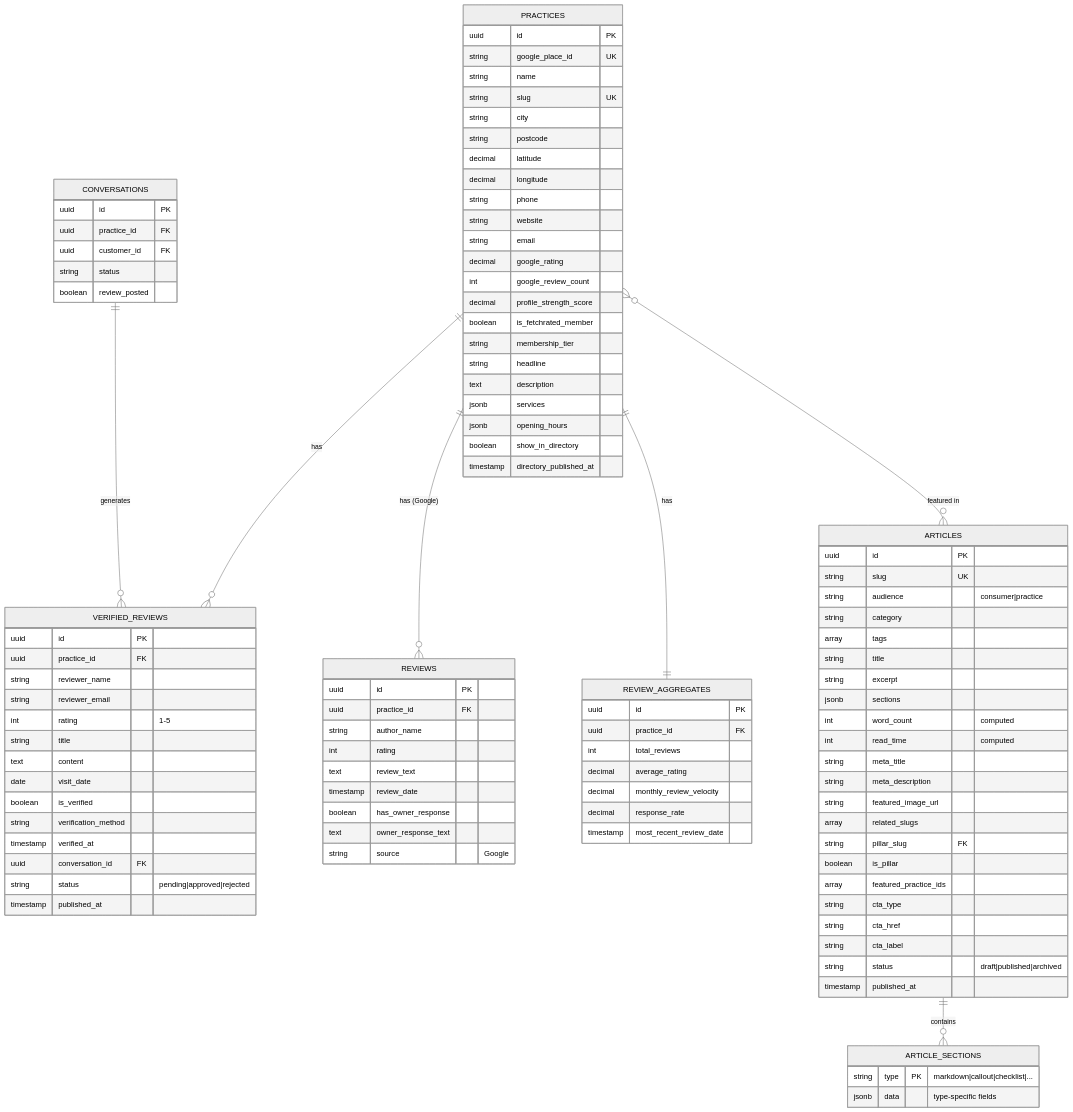
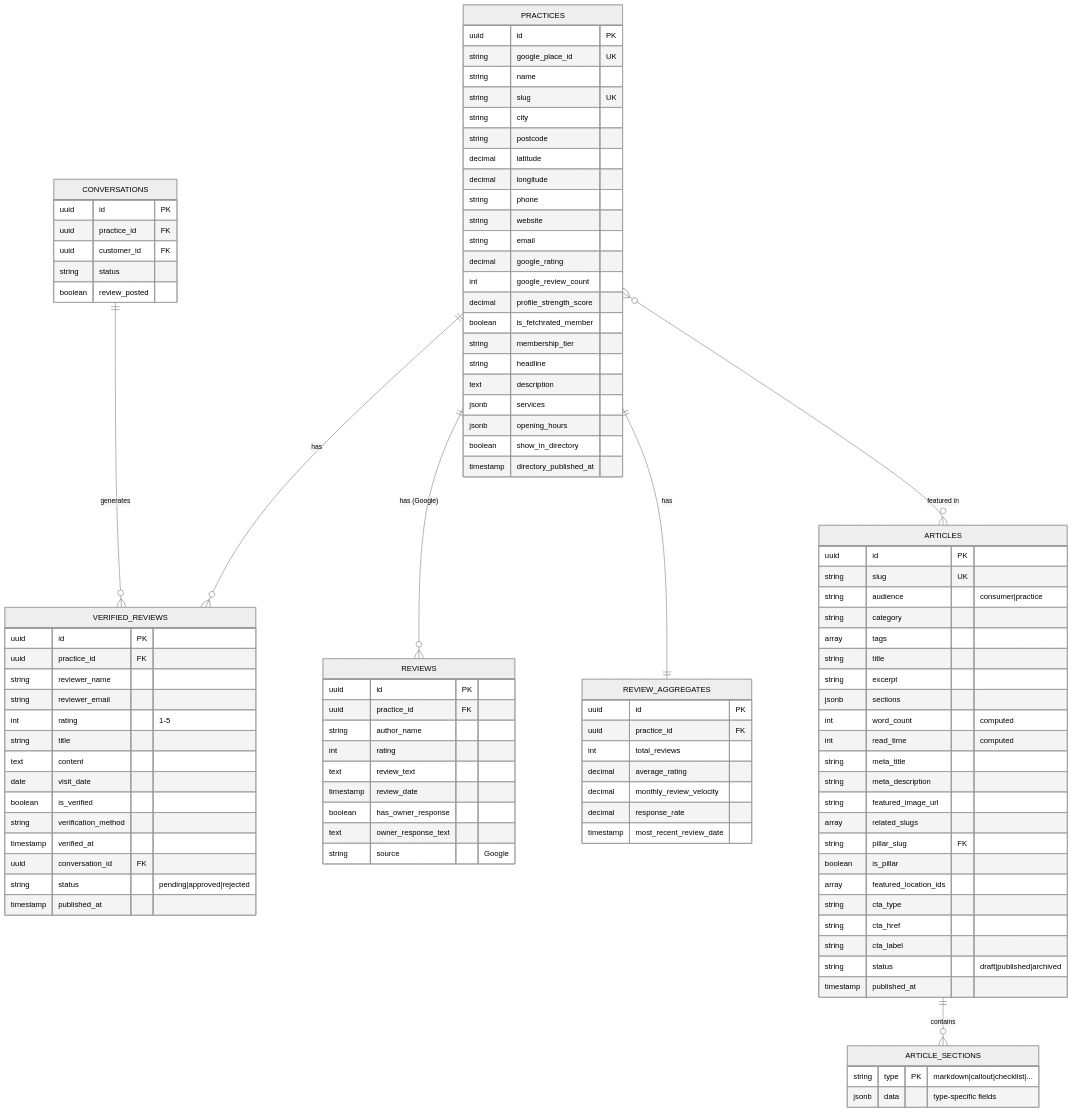
One commit to jonathanfoxwell/fetchrated_web changed the diagram in docs/diagrams/data-model.mmd. Above: the diagram before and after it, drawn with Mermaid. The commit also changed 50 other files, not shown here.

```diff
--- a/docs/diagrams/data-model.mmd
+++ b/docs/diagrams/data-model.mmd
@@ -1,111 +1,111 @@
 %%{init: {'theme': 'neutral'}}%%
 
 erDiagram
     PRACTICES ||--o{ VERIFIED_REVIEWS : "has"
     PRACTICES ||--o{ REVIEWS : "has (Google)"
     PRACTICES ||--|| REVIEW_AGGREGATES : "has"
     PRACTICES }o--o{ ARTICLES : "featured in"
     ARTICLES ||--o{ ARTICLE_SECTIONS : "contains"
     CONVERSATIONS ||--o{ VERIFIED_REVIEWS : "generates"
 
     PRACTICES {
         uuid id PK
         string google_place_id UK
         string name
         string slug UK
         string city
         string postcode
         decimal latitude
         decimal longitude
         string phone
         string website
         string email
         decimal google_rating
         int google_review_count
         decimal profile_strength_score
         boolean is_fetchrated_member
         string membership_tier
         string headline
         text description
         jsonb services
         jsonb opening_hours
         boolean show_in_directory
         timestamp directory_published_at
     }
 
     ARTICLES {
         uuid id PK
         string slug UK
         string audience "consumer|practice"
         string category
         array tags
         string title
         string excerpt
         jsonb sections
         int word_count "computed"
         int read_time "computed"
         string meta_title
         string meta_description
         string featured_image_url
         array related_slugs
         string pillar_slug FK
         boolean is_pillar
-        array featured_practice_ids
+        array featured_location_ids
         string cta_type
         string cta_href
         string cta_label
         string status "draft|published|archived"
         timestamp published_at
     }
 
     ARTICLE_SECTIONS {
         string type PK "markdown|callout|checklist|..."
         jsonb data "type-specific fields"
     }
 
     VERIFIED_REVIEWS {
         uuid id PK
         uuid practice_id FK
         string reviewer_name
         string reviewer_email
         int rating "1-5"
         string title
         text content
         date visit_date
         boolean is_verified
         string verification_method
         timestamp verified_at
         uuid conversation_id FK
         string status "pending|approved|rejected"
         timestamp published_at
     }
 
     REVIEWS {
         uuid id PK
         uuid practice_id FK
         string author_name
         int rating
         text review_text
         timestamp review_date
         boolean has_owner_response
         text owner_response_text
         string source "Google"
     }
 
     REVIEW_AGGREGATES {
         uuid id PK
         uuid practice_id FK
         int total_reviews
         decimal average_rating
         decimal monthly_review_velocity
         decimal response_rate
         timestamp most_recent_review_date
     }
 
     CONVERSATIONS {
         uuid id PK
         uuid practice_id FK
         uuid customer_id FK
         string status
         boolean review_posted
     }
```
